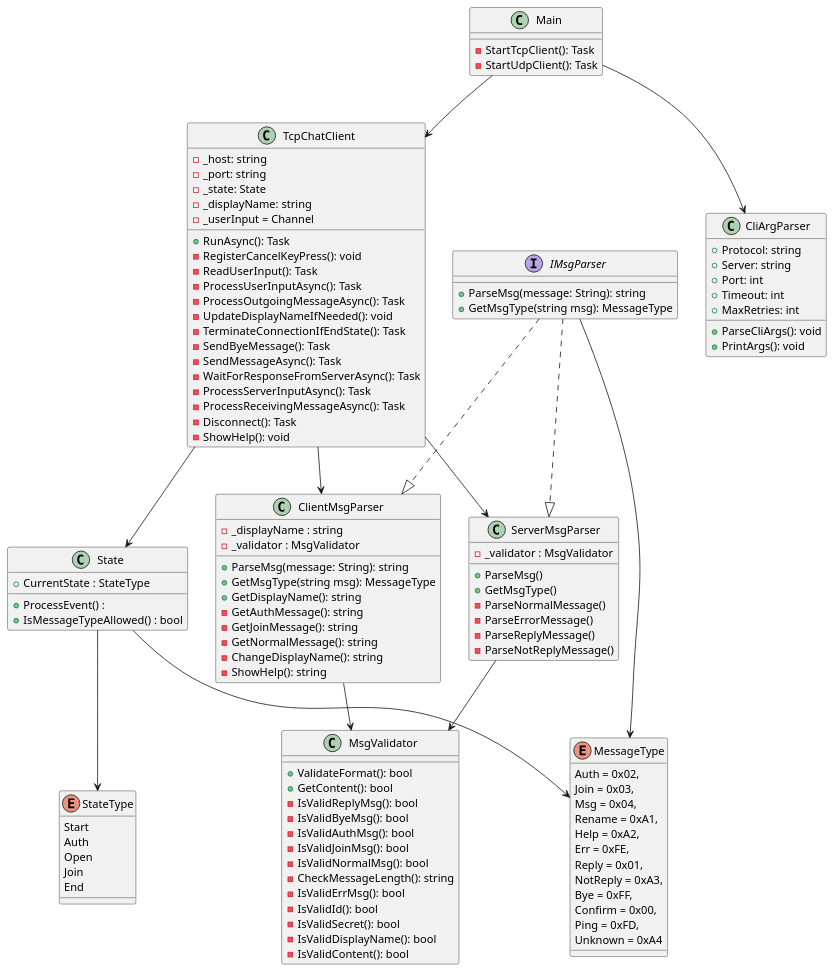
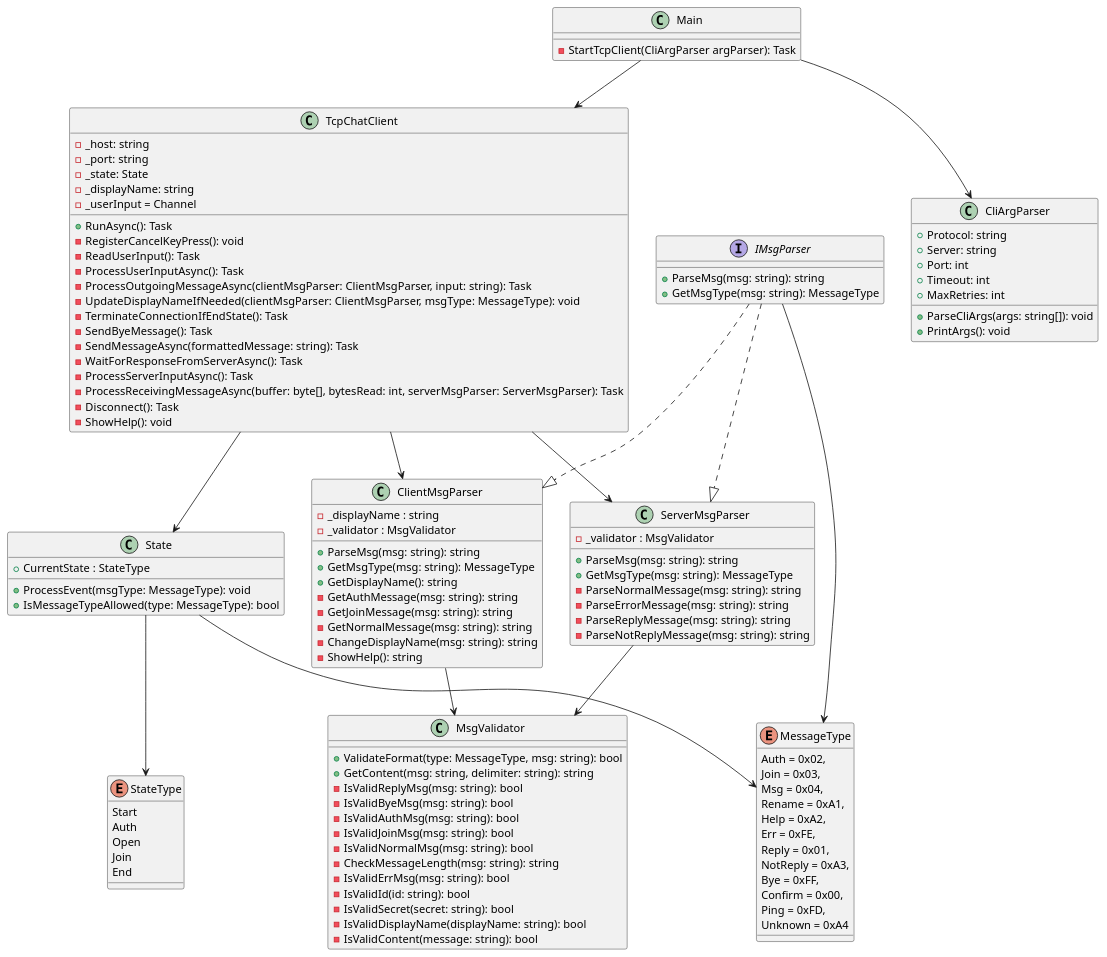
One commit to masterofannihilation/ipk-25-chat changed the diagram in Doc/ipk25chat-client.puml. Above: the diagram before and after it, drawn with PlantUML. The commit also changed 27 other files, not shown here.

Commit message:
feat: trim exceeding content, add docu with diagrams

```diff
--- a/Doc/ipk25chat-client.puml
+++ b/Doc/ipk25chat-client.puml
@@ -1,144 +1,136 @@
 @startuml
 
 class Main 
 {
-    -StartTcpClient(): Task
-    -StartUdpClient(): Task
+    -StartTcpClient(CliArgParser argParser): Task
 }
 
 class CliArgParser
 {
     +Protocol: string
     +Server: string
     +Port: int 
     +Timeout: int
     +MaxRetries: int
-    +ParseCliArgs(): void
+    +ParseCliArgs(args: string[]): void
     +PrintArgs(): void
 }
 
 class TcpChatClient 
 {
     - _host: string
     - _port: string
     - _state: State
     - _displayName: string
     - _userInput = Channel
     +RunAsync(): Task
     -RegisterCancelKeyPress(): void
     -ReadUserInput(): Task
     -ProcessUserInputAsync(): Task
-    -ProcessOutgoingMessageAsync(): Task
-    -UpdateDisplayNameIfNeeded(): void
+    -ProcessOutgoingMessageAsync(clientMsgParser: ClientMsgParser, input: string): Task
+    -UpdateDisplayNameIfNeeded(clientMsgParser: ClientMsgParser, msgType: MessageType): void
     -TerminateConnectionIfEndState(): Task
     -SendByeMessage(): Task
-    -SendMessageAsync(): Task
+    -SendMessageAsync(formattedMessage: string): Task
     -WaitForResponseFromServerAsync(): Task
     -ProcessServerInputAsync(): Task
-    -ProcessReceivingMessageAsync(): Task
+    -ProcessReceivingMessageAsync(buffer: byte[], bytesRead: int, serverMsgParser: ServerMsgParser): Task
     -Disconnect(): Task
     -ShowHelp(): void
 }
 
 enum MessageType
 {
     Auth = 0x02,
     Join = 0x03,
     Msg = 0x04,
     Rename = 0xA1,
     Help = 0xA2,
     Err = 0xFE,
     Reply = 0x01,
     NotReply = 0xA3,
     Bye = 0xFF,
     Confirm = 0x00,
     Ping = 0xFD,
     Unknown = 0xA4
 }
 
 interface IMsgParser
 {
-    +ParseMsg(message: String): string
-    +GetMsgType(string msg): MessageType
+    +ParseMsg(msg: string): string
+    +GetMsgType(msg: string): MessageType
 }
 
 class ClientMsgParser
 {
     - _displayName : string
     - _validator : MsgValidator
-    +ParseMsg(message: String): string
-    +GetMsgType(string msg): MessageType
+    +ParseMsg(msg: string): string
+    +GetMsgType(msg: string): MessageType
     +GetDisplayName(): string
-    -GetAuthMessage(): string
-    -GetJoinMessage(): string
-    -GetNormalMessage(): string
-    -ChangeDisplayName(): string
+    -GetAuthMessage(msg: string): string
+    -GetJoinMessage(msg: string): string
+    -GetNormalMessage(msg: string): string
+    -ChangeDisplayName(msg: string): string
     -ShowHelp(): string
 }
 
 class MsgValidator {
-    + ValidateFormat(): bool
-    + GetContent(): bool
-    - IsValidReplyMsg(): bool
-    - IsValidByeMsg(): bool
-    - IsValidAuthMsg(): bool
-    - IsValidJoinMsg(): bool
-    - IsValidNormalMsg(): bool
-    - CheckMessageLength(): string
-    - IsValidErrMsg(): bool
-    - IsValidId(): bool
-    - IsValidSecret(): bool
-    - IsValidDisplayName(): bool
-    - IsValidContent(): bool
+    +ValidateFormat(type: MessageType, msg: string): bool
+    +GetContent(msg: string, delimiter: string): string
+    -IsValidReplyMsg(msg: string): bool
+    -IsValidByeMsg(msg: string): bool
+    -IsValidAuthMsg(msg: string): bool
+    -IsValidJoinMsg(msg: string): bool
+    -IsValidNormalMsg(msg: string): bool
+    -CheckMessageLength(msg: string): string
+    -IsValidErrMsg(msg: string): bool
+    -IsValidId(id: string): bool
+    -IsValidSecret(secret: string): bool
+    -IsValidDisplayName(displayName: string): bool
+    -IsValidContent(message: string): bool
 }
 
 class ServerMsgParser
 {
     - _validator : MsgValidator
-    + ParseMsg()
-    + GetMsgType()
-    - ParseNormalMessage()
-    - ParseErrorMessage()
-    - ParseReplyMessage()
-    - ParseNotReplyMessage()
+    +ParseMsg(msg: string): string
+    +GetMsgType(msg: string): MessageType
+    -ParseNormalMessage(msg: string): string
+    -ParseErrorMessage(msg: string): string
+    -ParseReplyMessage(msg: string): string
+    -ParseNotReplyMessage(msg: string): string
 }
 
 class State {
-    + CurrentState : StateType
-    + ProcessEvent() : 
-    + IsMessageTypeAllowed() : bool
+    +CurrentState : StateType
+    +ProcessEvent(msgType: MessageType): void
+    +IsMessageTypeAllowed(type: MessageType): bool
 }
 
 enum StateType {
     Start
     Auth
     Open
     Join
     End
 }
-
-
 
 IMsgParser --> MessageType 
 IMsgParser ..|> ClientMsgParser
 IMsgParser ..|> ServerMsgParser
 
 TcpChatClient --> ClientMsgParser
 TcpChatClient --> ServerMsgParser
 TcpChatClient --> State
 
 ClientMsgParser --> MsgValidator
 ServerMsgParser --> MsgValidator
 
 State --> StateType
 State --> MessageType
 
-
 Main --> TcpChatClient
 Main --> CliArgParser
 
-
-
-
-
 @enduml
```
